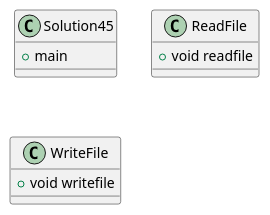
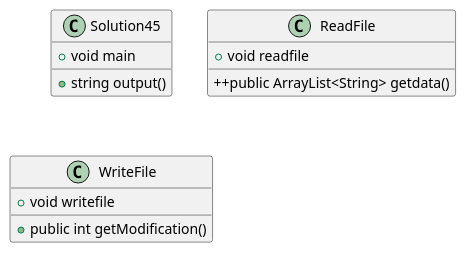
Before and after one commit to JesseLekwa/lekwa-a04: the diagram in exercise45/docs/diagram.puml, drawn with PlantUML. The commit also changed 3 other files, not shown here.

```diff
--- a/exercise45/docs/diagram.puml
+++ b/exercise45/docs/diagram.puml
@@ -1,19 +1,24 @@
 @startuml
 'https://plantuml.com/class-diagram
 
 class Solution45
 {
-+ main
++ void main
++ string output()
+
 
 }
 
 class ReadFile
 {
 +void readfile
+++public ArrayList<String> getdata()
 }
 
 class WriteFile
 {
 +void writefile
+
++public int getModification()
 }
 @enduml
```
